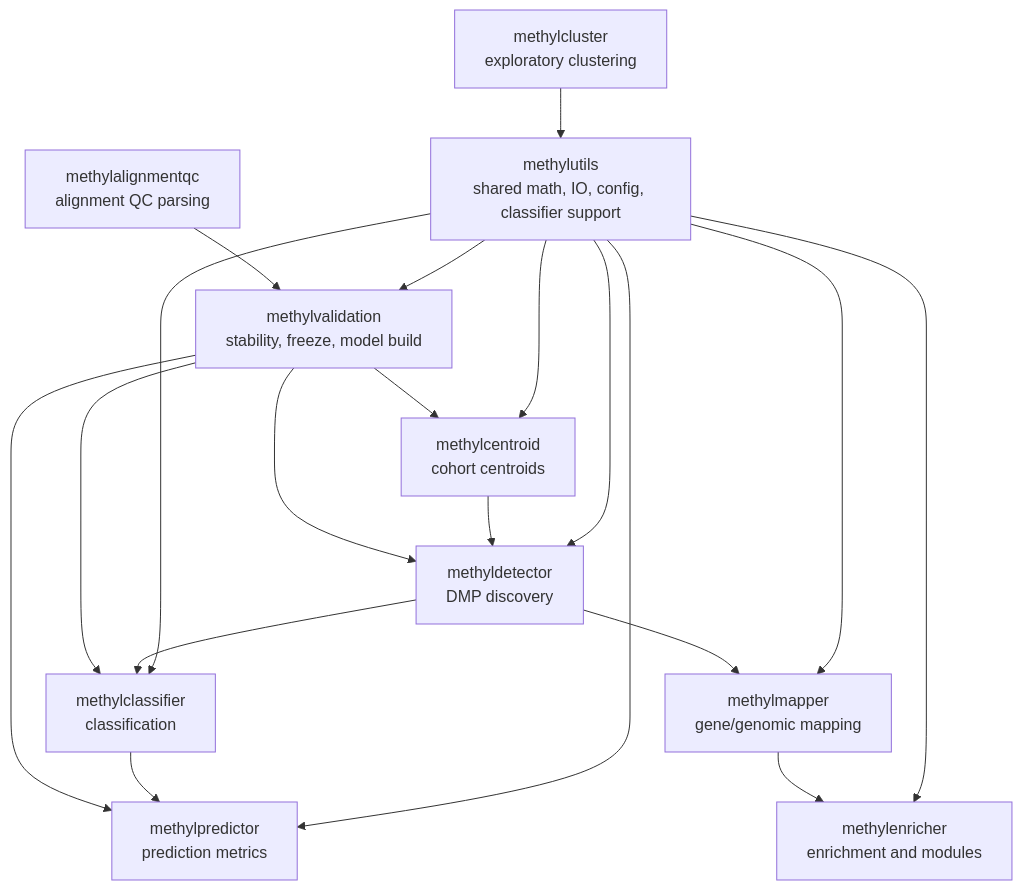
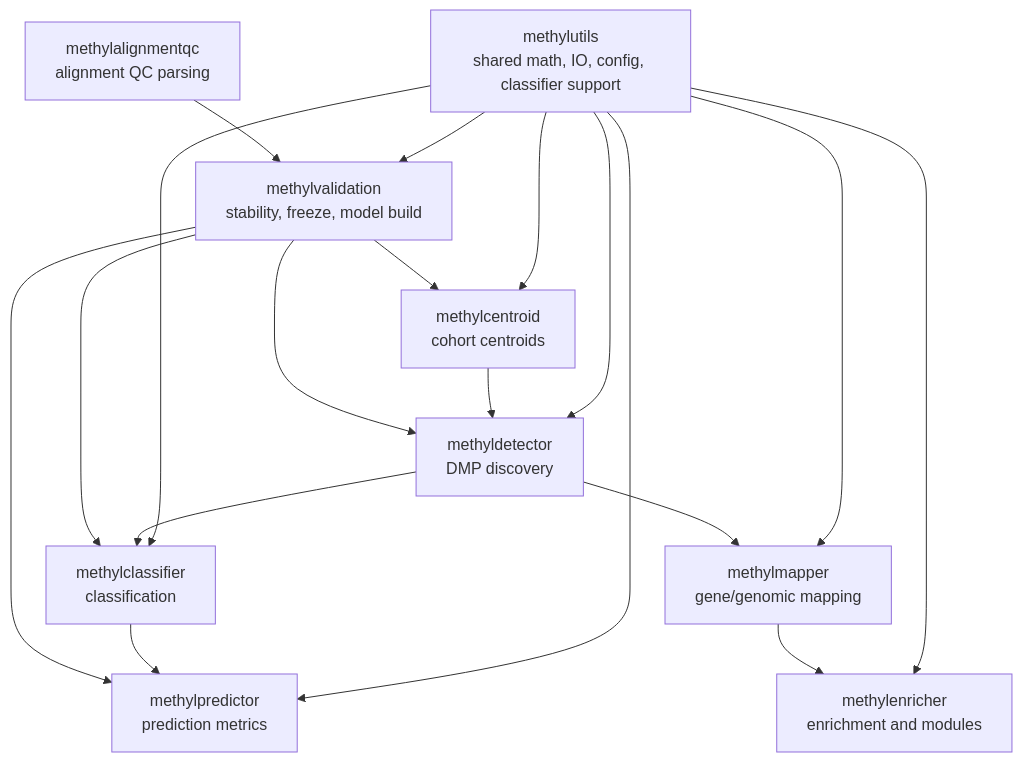
One commit to Goliath-Research/GoliathWorkflow changed the first of 3 diagrams in docs/MethylPipeline-overview.qmd. Above: the diagram before and after it, drawn with Mermaid. The commit also changed other lines of this file and 15 other files, not shown here.

````diff
--- a/docs/MethylPipeline-overview.qmd
+++ b/docs/MethylPipeline-overview.qmd
@@ -64,29 +63,26 @@
 ```mermaid
 flowchart TD
     U["methylutils\nshared math, IO, config, classifier support"]
     C["methylcentroid\ncohort centroids"]
     D["methyldetector\nDMP discovery"]
     CL["methylclassifier\nclassification"]
     P["methylpredictor\nprediction metrics"]
     V["methylvalidation\nstability, freeze, model build"]
     M["methylmapper\ngene/genomic mapping"]
     E["methylenricher\nenrichment and modules"]
     Q["methylalignmentqc\nalignment QC parsing"]
-    K["methylcluster\nexploratory clustering"]
-
     U --> C
     U --> D
     U --> CL
     U --> P
     U --> V
     U --> M
     U --> E
     C --> D --> CL --> P
     V --> C
     V --> D
     V --> CL
     V --> P
     D --> M --> E
     Q --> V
-    K --> U
 ```
````
